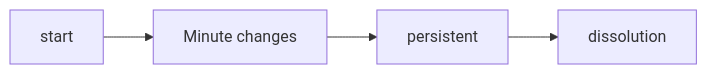
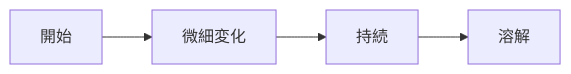
One commit to monumental-movement/monumental-movement.github.io changed the fourth of 4 diagrams in en/_posts/2025-12-18-column-ambient-drone-textural-drone.md. Above: the diagram before and after it, drawn with Mermaid. The commit also changed other lines of this file and 775 other files, not shown here.

```diff
--- a/en/_posts/2025-12-18-column-ambient-drone-textural-drone.md
+++ b/en/_posts/2025-12-18-column-ambient-drone-textural-drone.md
@@ -159,4 +159,4 @@
 <div class="mermaid">
 flowchart LR
-    T0["start"] --> T1["Minute changes"] --> T2["persistent"] --> T3["dissolution"]
+    T0["開始"] --> T1["微細変化"] --> T2["持続"] --> T3["溶解"]
 </div>
```
